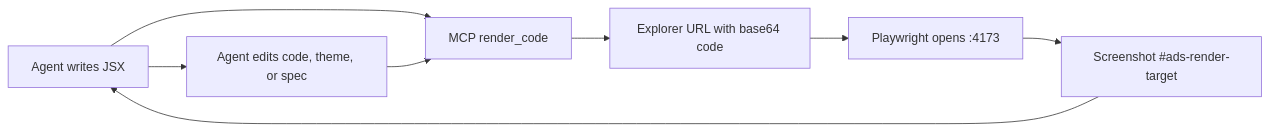
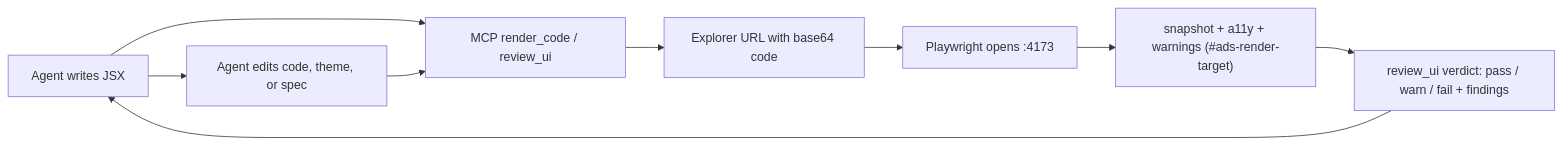
One commit to katapultlabs/ads-shadcn changed the diagram in ARCHITECTURE.md. Above: the diagram before and after it, drawn with Mermaid. The commit also changed other lines of this file and 112 other files, not shown here.

````diff
--- a/ARCHITECTURE.md
+++ b/ARCHITECTURE.md
@@ -18,10 +20,11 @@
 ```mermaid
 flowchart LR
-  Agent["Agent writes JSX"] --> MCP["MCP render_code"]
+  Agent["Agent writes JSX"] --> MCP["MCP render_code / review_ui"]
   MCP --> URL["Explorer URL with base64 code"]
   URL --> Browser["Playwright opens :4173"]
-  Browser --> Shot["Screenshot #ads-render-target"]
-  Shot --> Agent
+  Browser --> Snap["snapshot + a11y + warnings (#ads-render-target)"]
+  Snap --> Review["review_ui verdict: pass / warn / fail + findings"]
+  Review --> Agent
   Agent --> Fix["Agent edits code, theme, or spec"]
   Fix --> MCP
 ```
````
